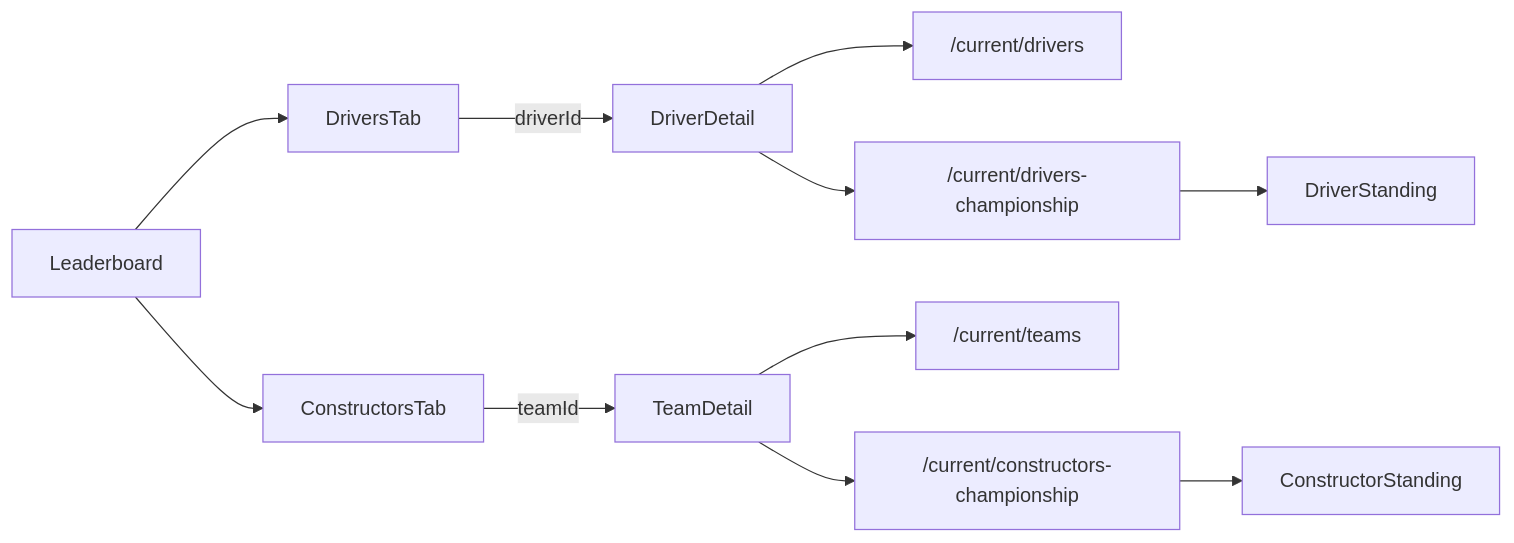
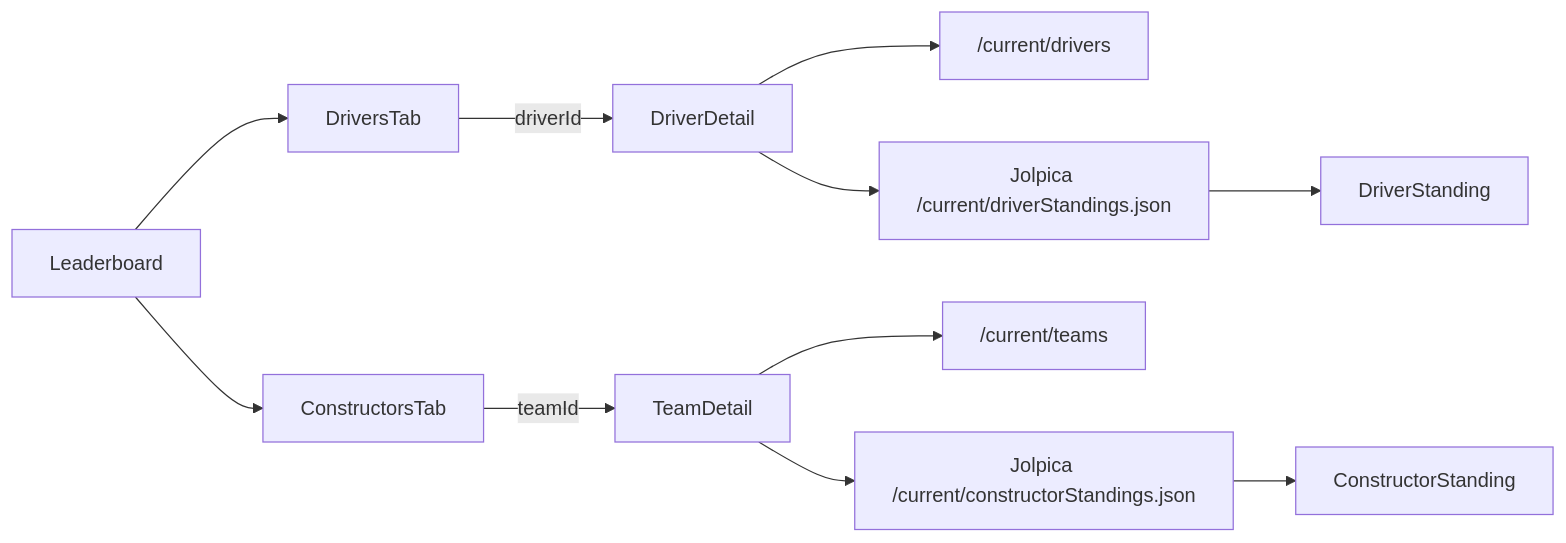
The first of 2 diagrams in lode/leaderboard/summary.md (anpurnama11/my-f1-companion-app), drawn with Mermaid before and after one commit. The commit also changed other lines of this file and 17 other files, not shown here.

First line of the commit message:
feat(data): migrate standings source from f1api.dev to Jolpica

````diff
--- a/lode/leaderboard/summary.md
+++ b/lode/leaderboard/summary.md
@@ -29,13 +29,13 @@
 ```mermaid
 flowchart LR
   Leaderboard --> DriversTab
   Leaderboard --> ConstructorsTab
   DriversTab -->|driverId| DriverDetail
   ConstructorsTab -->|teamId| TeamDetail
   DriverDetail --> DriversAPI["/current/drivers"]
-  DriverDetail --> DriverChamp["/current/drivers-championship"]
+  DriverDetail --> DriverChamp["Jolpica /current/driverStandings.json"]
   TeamDetail --> TeamsAPI["/current/teams"]
-  TeamDetail --> TeamChamp["/current/constructors-championship"]
+  TeamDetail --> TeamChamp["Jolpica /current/constructorStandings.json"]
   DriverChamp --> DriverSnapshot[DriverStanding]
   TeamChamp --> TeamSnapshot[ConstructorStanding]
 ```
````
